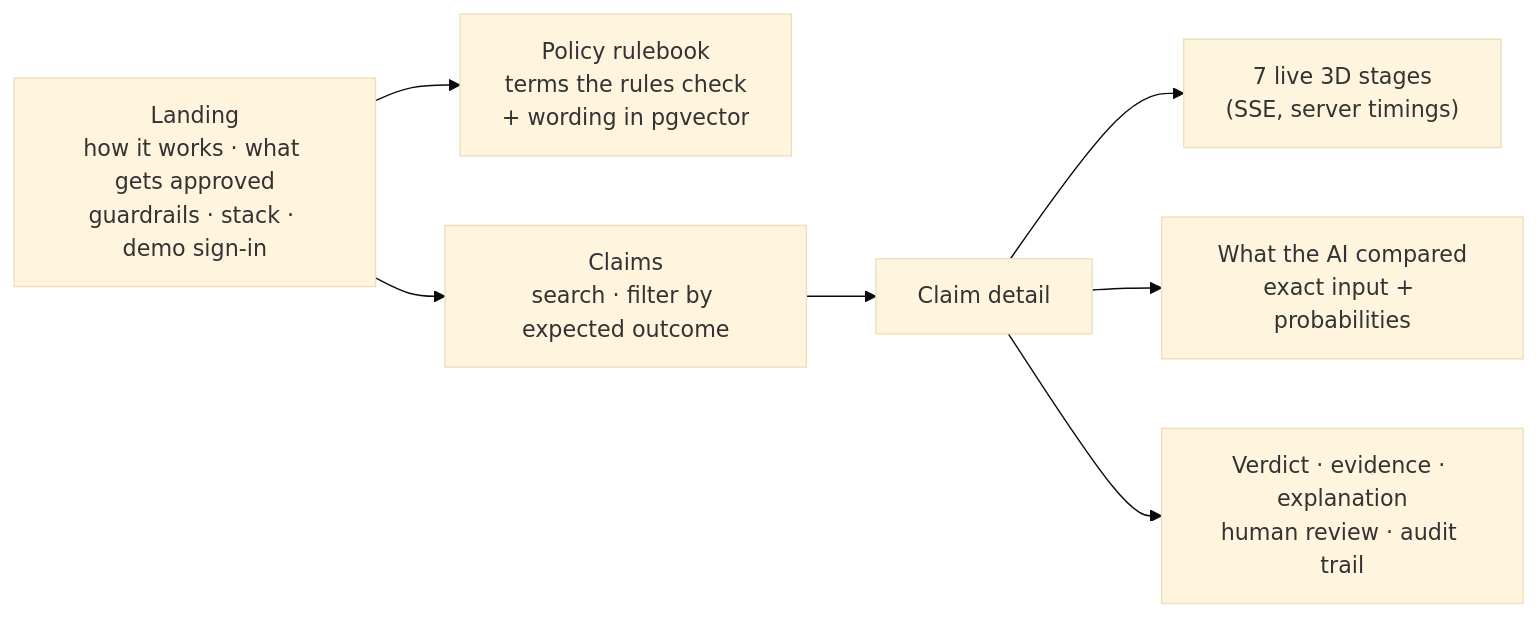
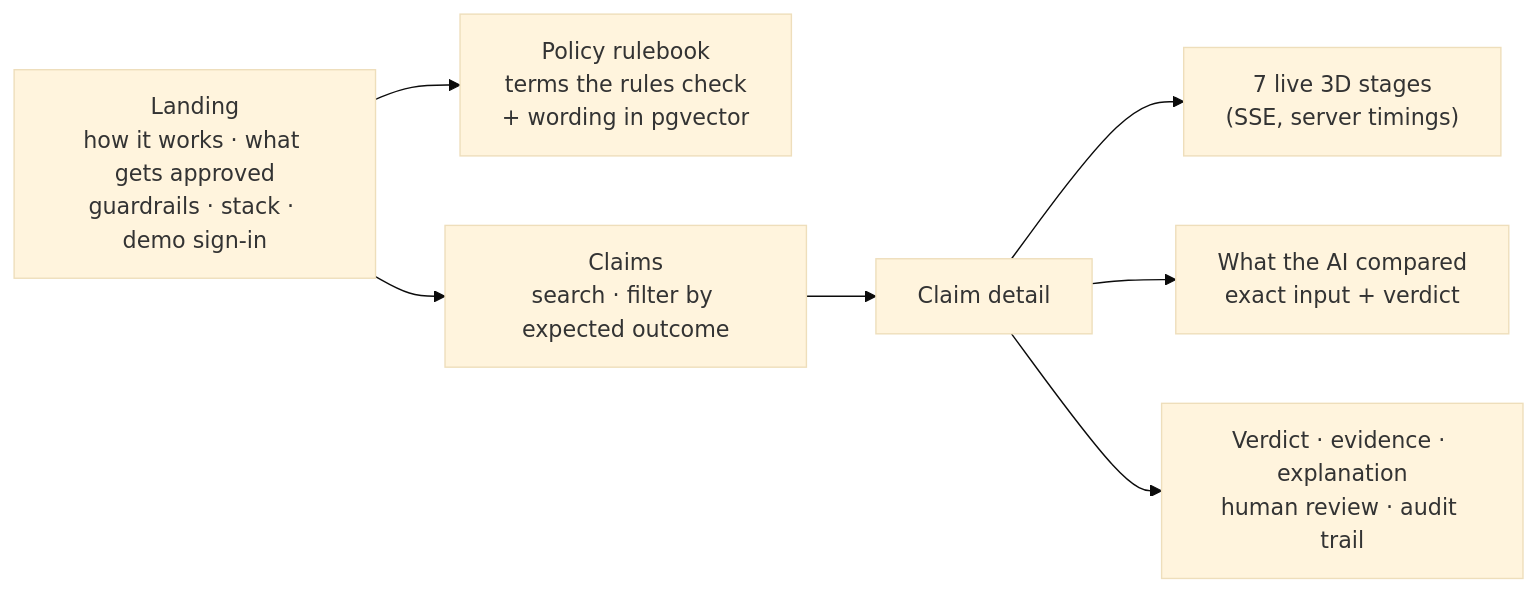
Diagram 14 of 14 in PROJECT.md (arshdeep3010/health-claim-decision-agent), drawn with Mermaid (base theme) before and after one commit. The commit also changed other lines of this file and 2 other files, not shown here.

````diff
--- a/PROJECT.md
+++ b/PROJECT.md
@@ -622,13 +606,13 @@
 ```mermaid
 flowchart LR
   land["Landing<br/>how it works · what gets approved<br/>guardrails · stack · demo sign-in"]
   rb["Policy rulebook<br/>terms the rules check<br/>+ wording in pgvector"]
   list["Claims<br/>search · filter by expected outcome"]
   detail["Claim detail"]
   pipe["7 live 3D stages<br/>(SSE, server timings)"]
-  ai["What the AI compared<br/>exact input + probabilities"]
+  ai["What the AI compared<br/>exact input + verdict"]
   rest["Verdict · evidence · explanation<br/>human review · audit trail"]
   land --> rb
   land --> list --> detail
   detail --> pipe & ai & rest
 ```
````
